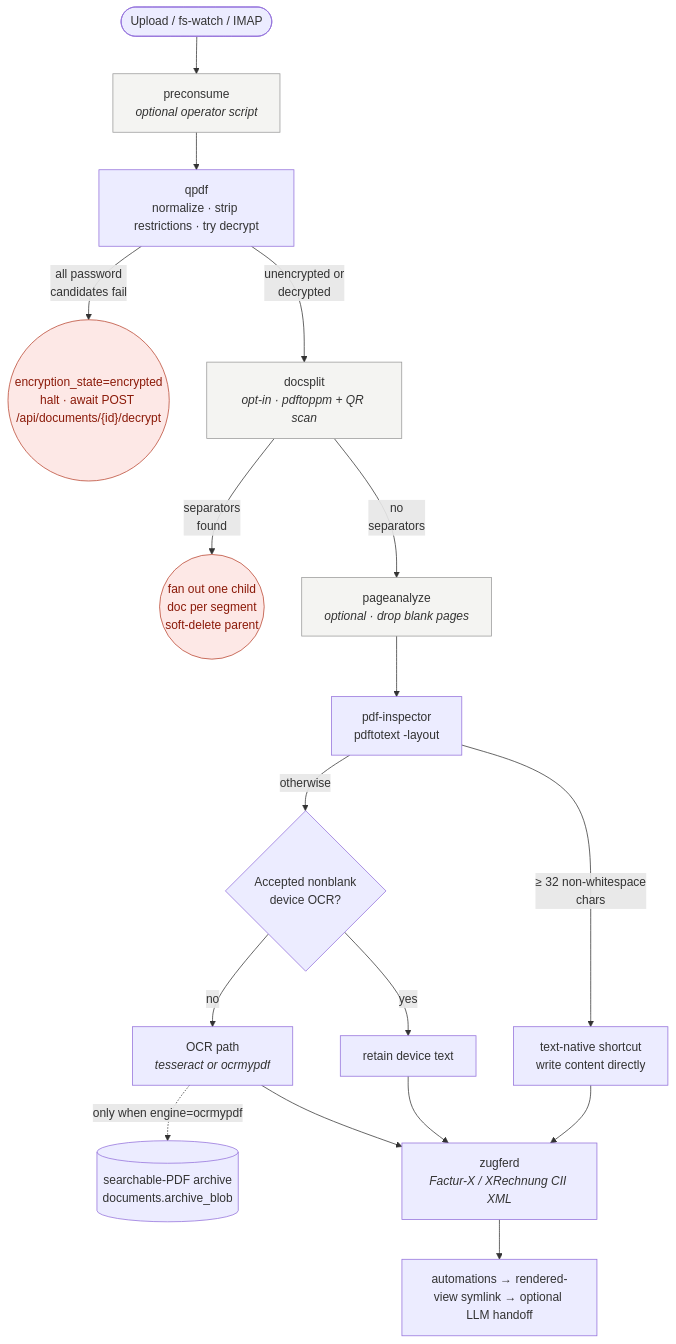
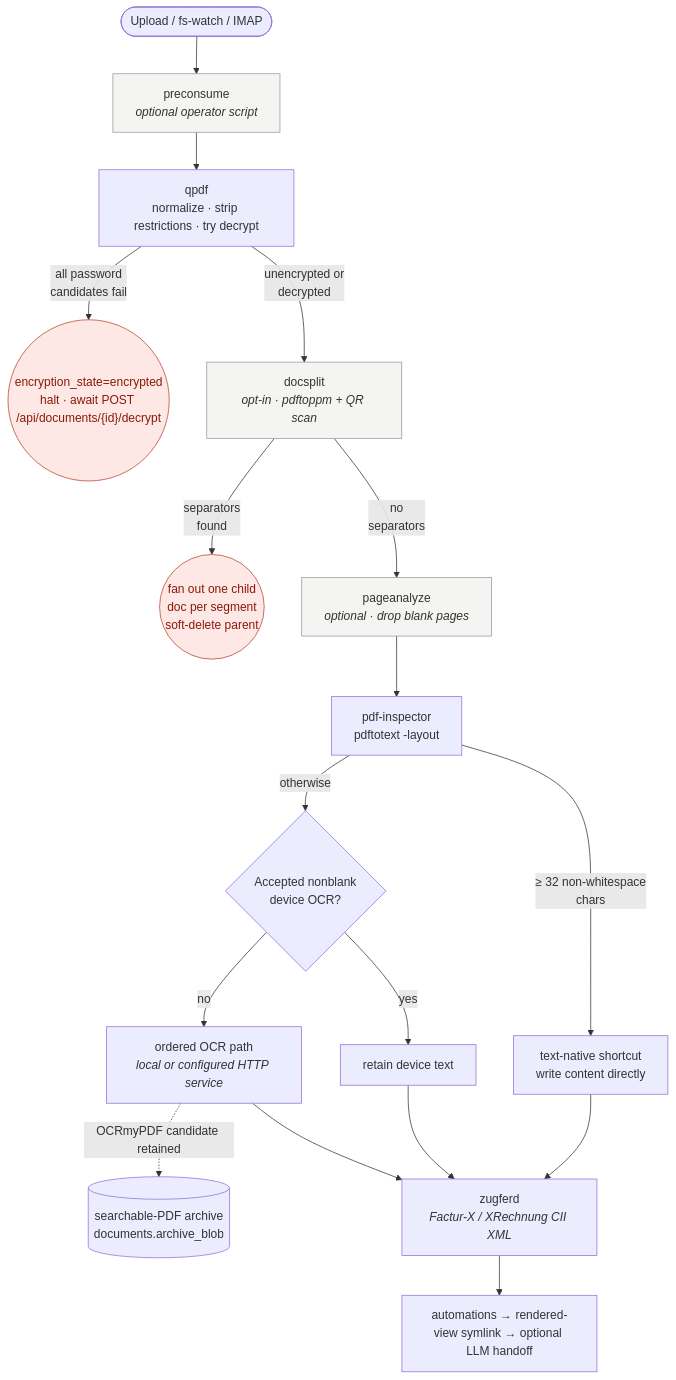
The diagram in docs/formats.mdx (johnnybravo-xyz/suchi), drawn with Mermaid before and after one commit. The commit also changed other lines of this file and 6 other files, not shown here.

````diff
--- a/docs/formats.mdx
+++ b/docs/formats.mdx
@@ -53,24 +53,24 @@
 ```mermaid
 flowchart TD
     U([Upload / fs-watch / IMAP]) --> PC[preconsume<br/><i>optional operator script</i>]
     PC --> QPDF[qpdf<br/>normalize · strip restrictions · try decrypt]
     QPDF -- all password<br/>candidates fail --> ENC(("encryption_state=encrypted<br/>halt · await POST /api/documents/{id}/decrypt"))
     QPDF -- unencrypted or<br/>decrypted --> SPLIT[docsplit<br/><i>opt-in · pdftoppm + QR scan</i>]
     SPLIT -- separators<br/>found --> FAN(("fan out one child<br/>doc per segment<br/>soft-delete parent"))
     SPLIT -- no<br/>separators --> BLANK[pageanalyze<br/><i>optional · drop blank pages</i>]
     BLANK --> INSP[pdf-inspector<br/>pdftotext -layout]
     INSP -- ≥ 32 non-whitespace<br/>chars --> TN[text-native shortcut<br/>write content directly]
     INSP -- otherwise --> DEVICE{Accepted nonblank<br/>device OCR?}
     DEVICE -- yes --> DT[retain device text]
-    DEVICE -- no --> OCR[OCR path<br/><i>tesseract or ocrmypdf</i>]
-    OCR -.->|only when engine=ocrmypdf| ARCH[(searchable-PDF archive<br/>documents.archive_blob)]
+    DEVICE -- no --> OCR[ordered OCR path<br/><i>local or configured HTTP service</i>]
+    OCR -.->|OCRmyPDF candidate retained| ARCH[(searchable-PDF archive<br/>documents.archive_blob)]
     TN --> ZUG[zugferd<br/><i>Factur-X / XRechnung CII XML</i>]
     DT --> ZUG
     OCR --> ZUG
     ZUG --> RULES[automations → rendered-view symlink → optional LLM handoff]
 
     classDef halt fill:#fde8e6,stroke:#b8442e,color:#8b1a09
     classDef optional fill:#f4f4f2,stroke:#999,color:#333
     class ENC,FAN halt
     class PC,SPLIT,BLANK optional
 ```
````
